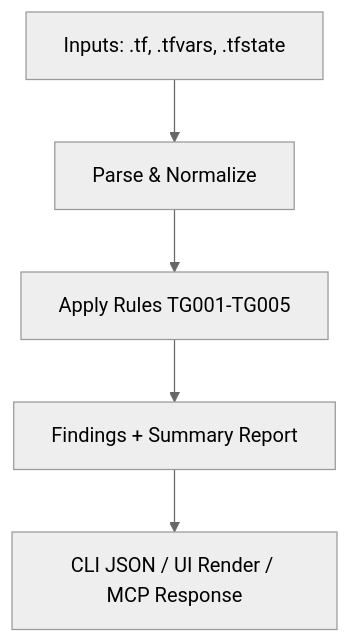
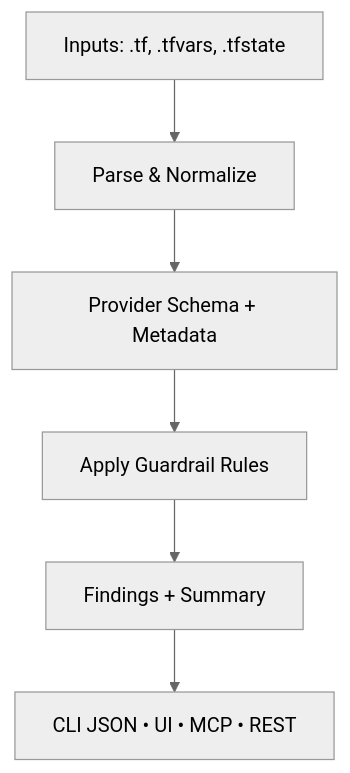
One commit to Huzefaaa2/terraform-guardrail changed the fourth of 4 diagrams in docs/wiki/Diagrams.md. Above: the diagram before and after it, drawn with Mermaid (neutral theme). The commit also changed other lines of this file and 5 other files, not shown here.

Commit message:
Revamp README and add roadmap/comparison docs

````diff
--- a/docs/wiki/Diagrams.md
+++ b/docs/wiki/Diagrams.md
@@ -34,7 +65,8 @@
 ```mermaid
 flowchart TB
     INPUTS[Inputs: .tf, .tfvars, .tfstate] --> PARSE[Parse & Normalize]
-    PARSE --> RULES[Apply Rules TG001-TG005]
-    RULES --> REPORT[Findings + Summary Report]
-    REPORT --> OUTPUT[CLI JSON / UI Render / MCP Response]
+    PARSE --> SCHEMA[Provider Schema + Metadata]
+    SCHEMA --> RULES[Apply Guardrail Rules]
+    RULES --> REPORT[Findings + Summary]
+    REPORT --> OUTPUTS[CLI JSON • UI • MCP • REST]
 ```
````
